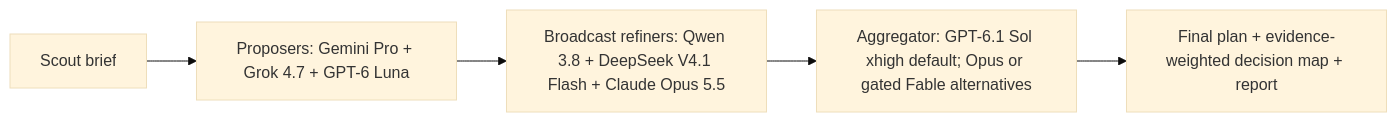
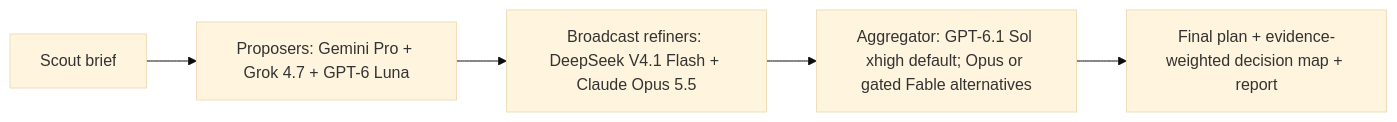
The diagram in docs/architecture.md (drivelineresearch/moa-x), drawn with Mermaid (base theme) before and after one commit. The commit also changed other lines of this file and 26 other files, not shown here.

````diff
--- a/docs/architecture.md
+++ b/docs/architecture.md
@@ -7,7 +7,7 @@
 ```mermaid
 flowchart LR
   S["Scout brief"] --> P["Proposers: Gemini Pro + Grok 4.7 + GPT-6 Luna"]
-  P --> R["Broadcast refiners: Qwen 3.8 + DeepSeek V4.1 Flash + Claude Opus 5.5"]
+  P --> R["Broadcast refiners: DeepSeek V4.1 Flash + Claude Opus 5.5"]
   R --> A["Aggregator: GPT-6.1 Sol xhigh default; Opus or gated Fable alternatives"]
   A --> O["Final plan + evidence-weighted decision map + report"]
 ```
````
